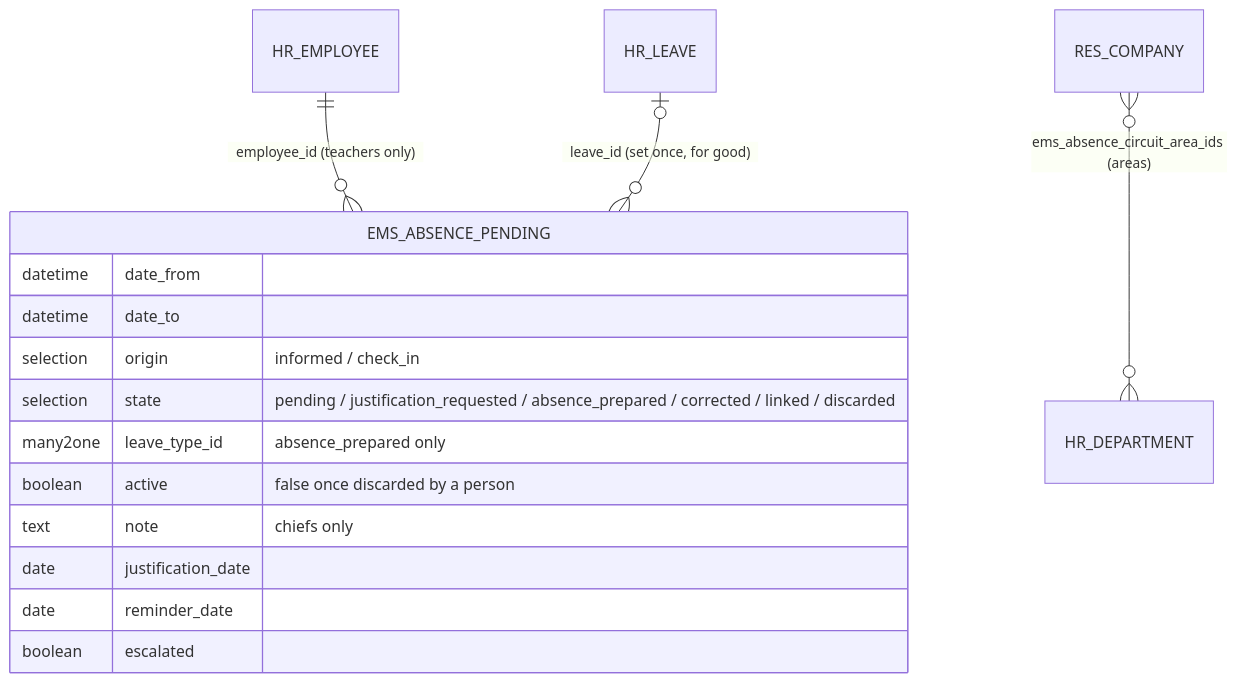
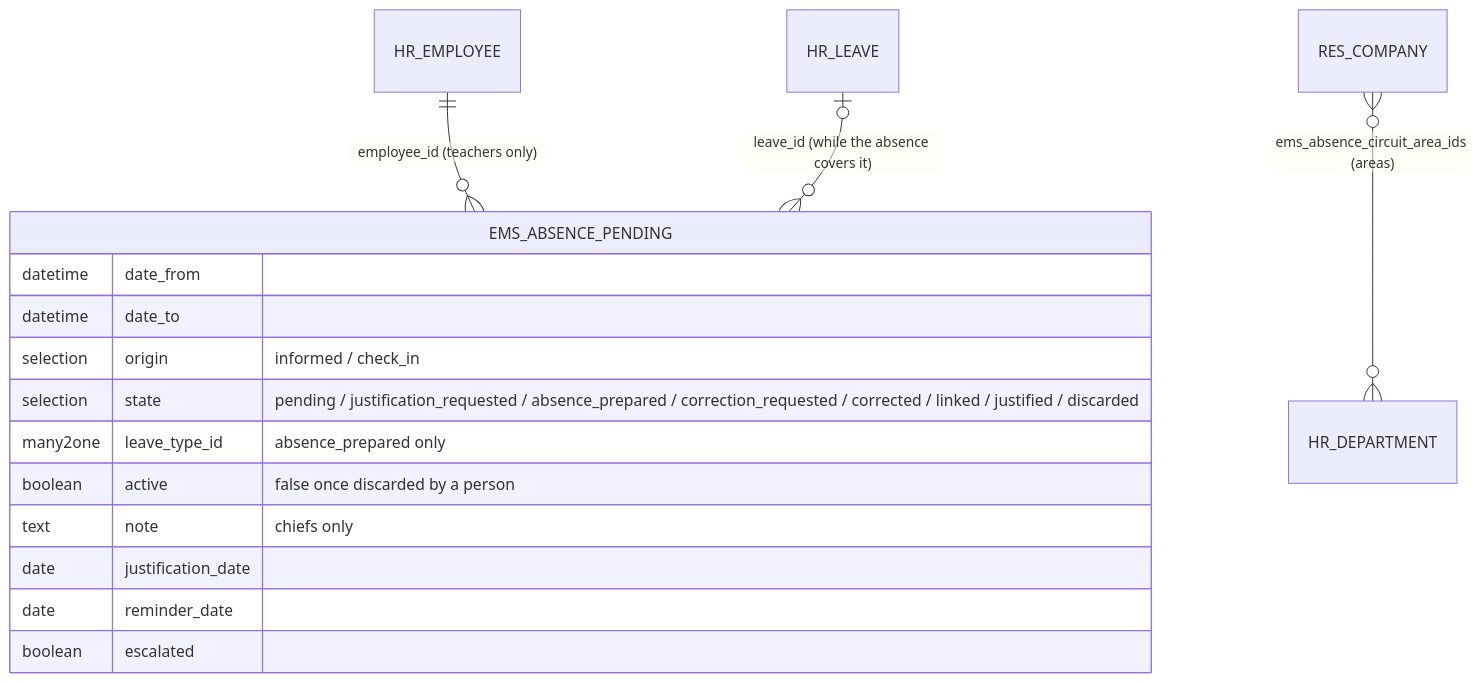
The fifth of 10 diagrams in docs/en/developers/employees/absence.md (ElPuig/EMS), drawn with Mermaid before and after one commit. The commit also changed other lines of this file and 162 other files, not shown here.

````diff
--- a/docs/en/developers/employees/absence.md
+++ b/docs/en/developers/employees/absence.md
@@ -715,18 +752,18 @@
 ```mermaid
 erDiagram
     HR_EMPLOYEE ||--o{ EMS_ABSENCE_PENDING : "employee_id (teachers only)"
-    HR_LEAVE |o--o{ EMS_ABSENCE_PENDING : "leave_id (set once, for good)"
+    HR_LEAVE |o--o{ EMS_ABSENCE_PENDING : "leave_id (while the absence covers it)"
     RES_COMPANY }o--o{ HR_DEPARTMENT : "ems_absence_circuit_area_ids (areas)"
     EMS_ABSENCE_PENDING {
         datetime date_from
         datetime date_to
         selection origin "informed / check_in"
-        selection state "pending / justification_requested / absence_prepared / corrected / linked / discarded"
+        selection state "pending / justification_requested / absence_prepared / correction_requested / corrected / linked / justified / discarded"
         many2one leave_type_id "absence_prepared only"
         boolean active "false once discarded by a person"
         text note "chiefs only"
         date justification_date
         date reminder_date
         boolean escalated
     }
 ```
````
